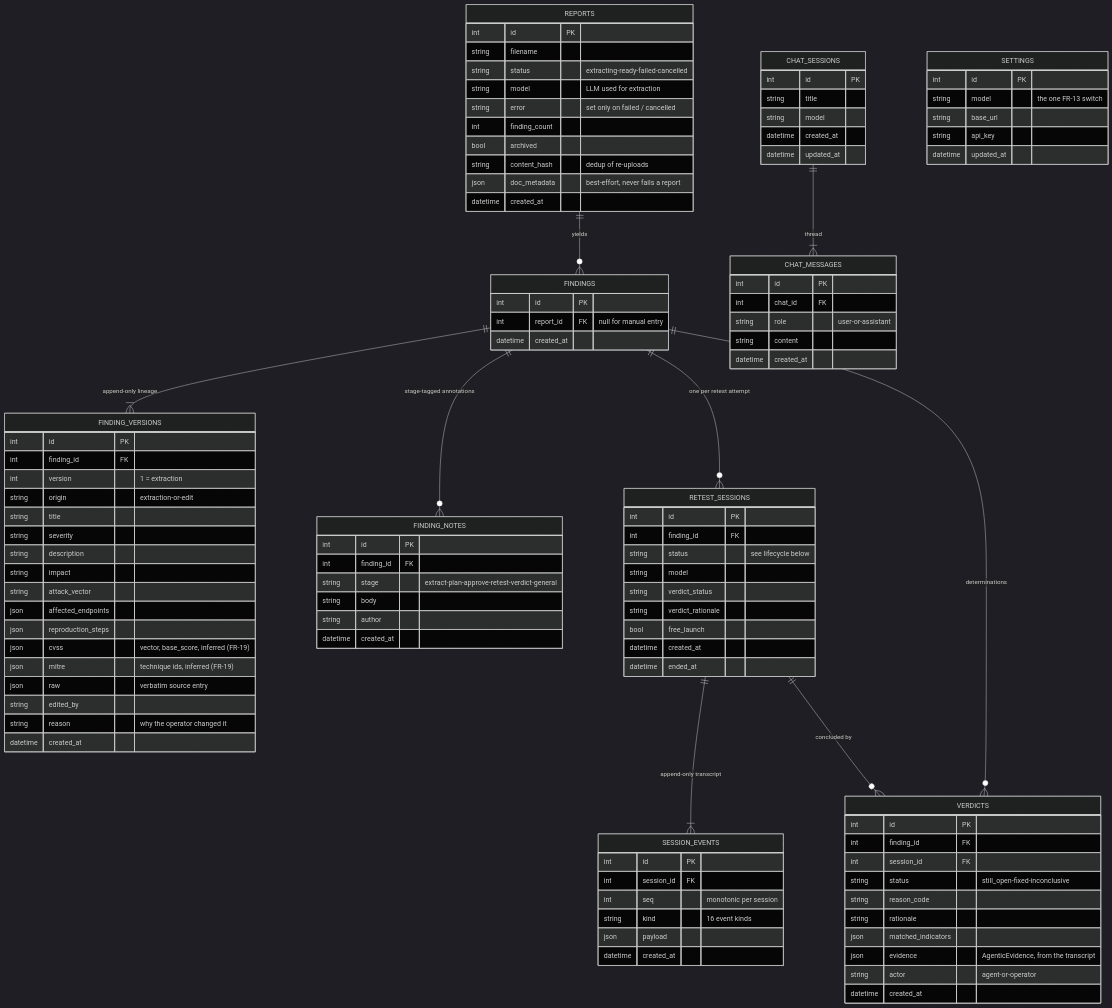
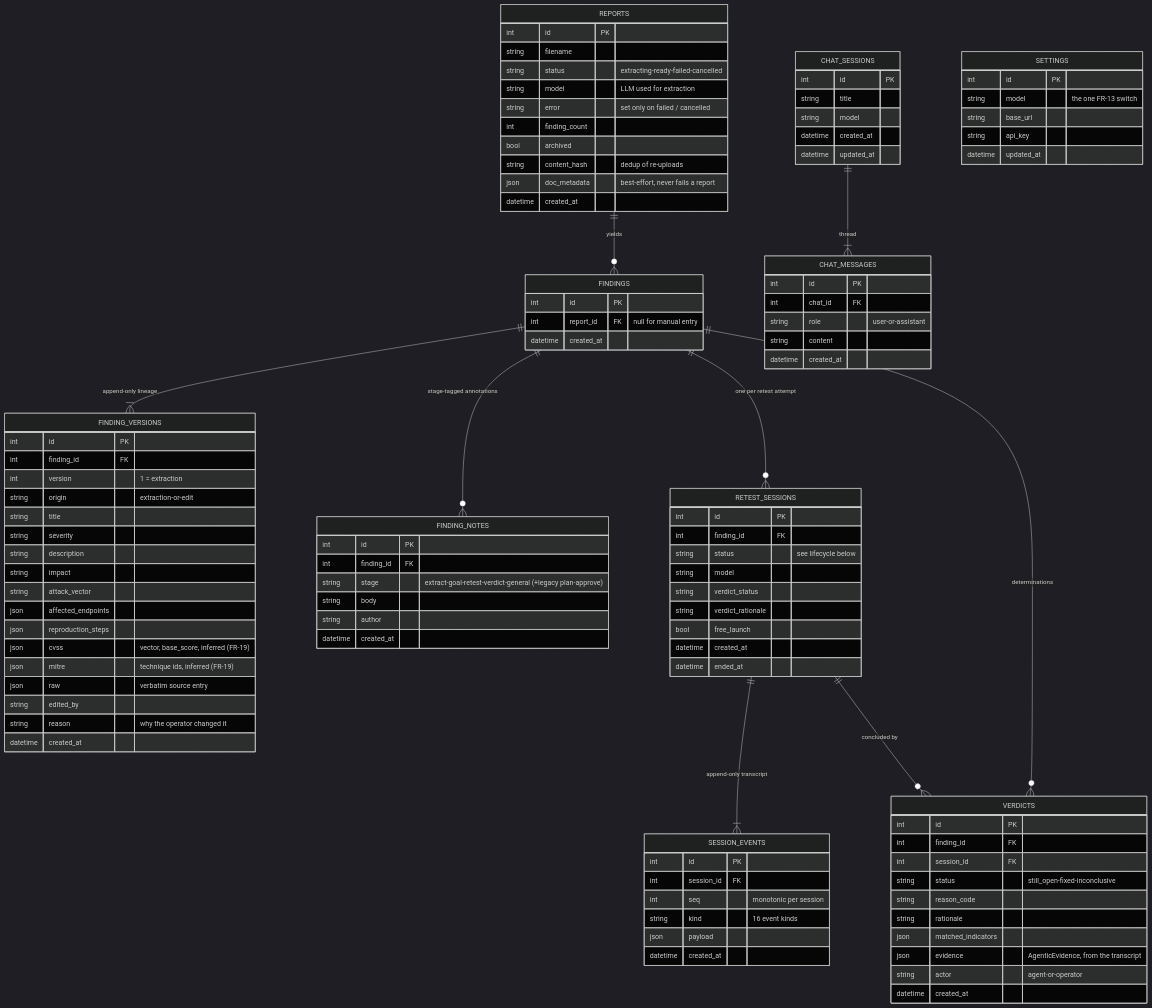
Before and after one commit to SelfishCoconut/revalid: the second of 6 diagrams in docs/architecture/data-model.md, drawn with Mermaid (dark theme). The commit also changed other lines of this file and 42 other files, not shown here.

First line of the commit message:
docs: sync every authored document to the implementation, add the UML models and the Evaluation chapter

```diff
--- a/docs/architecture/data-model.md
+++ b/docs/architecture/data-model.md
@@ -85,7 +85,7 @@
     FINDING_NOTES {
         int id PK
         int finding_id FK
-        string stage "extract-plan-approve-retest-verdict-general"
+        string stage "extract-goal-retest-verdict-general (+legacy plan-approve)"
         string body
         string author
         datetime created_at
```
